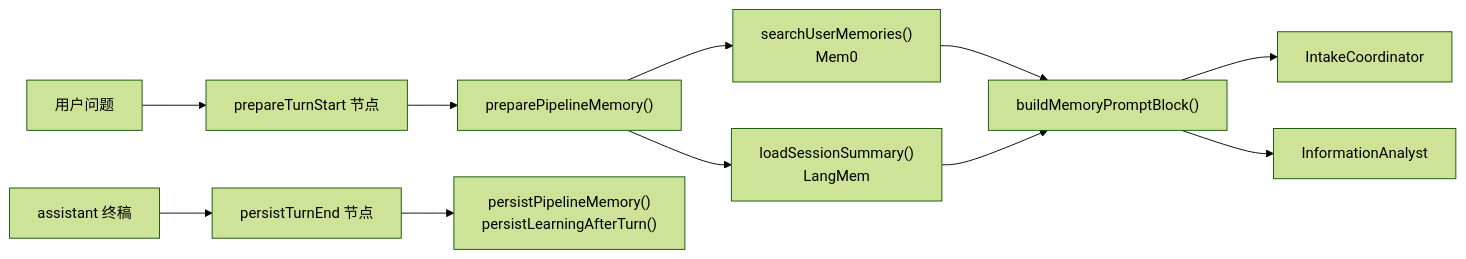
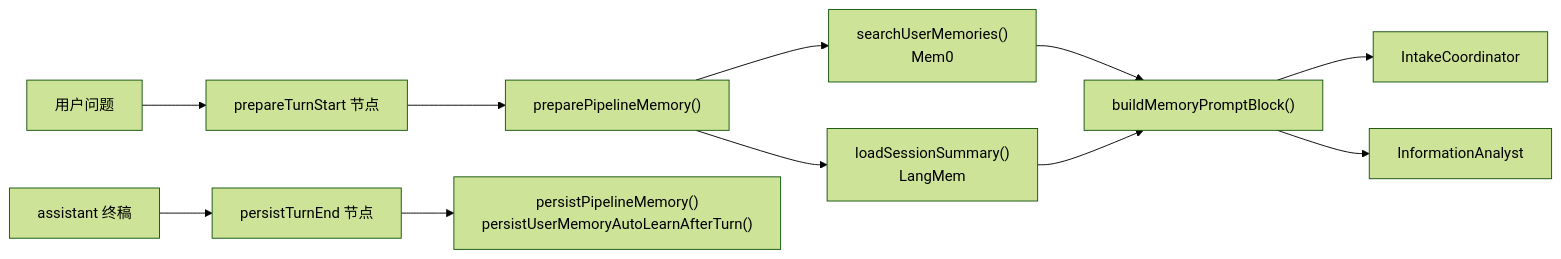
Before and after one commit to panzhanfei/agent: diagram 11 of 13 in docs/02-agent-flows.md, drawn with Mermaid (forest theme). The commit also changed other lines of this file and 53 other files, not shown here.

````diff
--- a/docs/02-agent-flows.md
+++ b/docs/02-agent-flows.md
@@ -474,13 +474,13 @@
 ```mermaid
 flowchart LR
   Q[用户问题] --> PT[prepareTurnStart 节点]
   PT --> PREP["preparePipelineMemory()"]
   PREP --> M0["searchUserMemories()<br/>Mem0"]
   PREP --> LM["loadSessionSummary()<br/>LangMem"]
   M0 --> BL["buildMemoryPromptBlock()"]
   LM --> BL
   BL --> IC[IntakeCoordinator]
   BL --> IA[InformationAnalyst]
   OUT[assistant 终稿] --> PST[persistTurnEnd 节点]
-  PST --> PERS["persistPipelineMemory()<br/>persistLearningAfterTurn()"]
+  PST --> PERS["persistPipelineMemory()<br/>persistUserMemoryAutoLearnAfterTurn()"]
 ```
````
